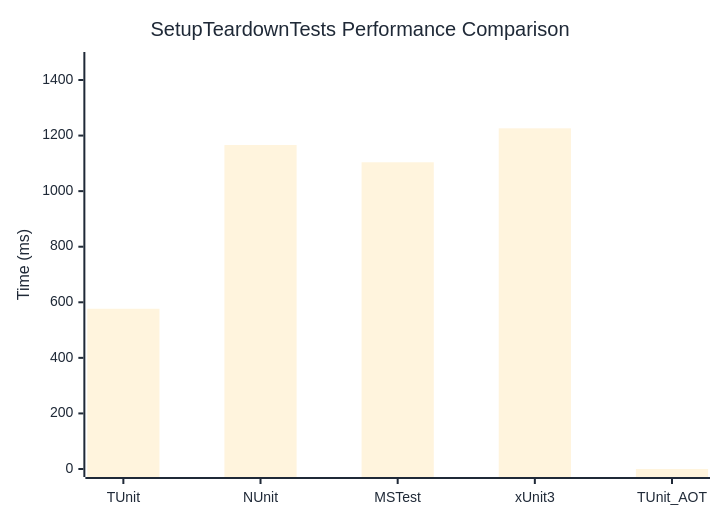
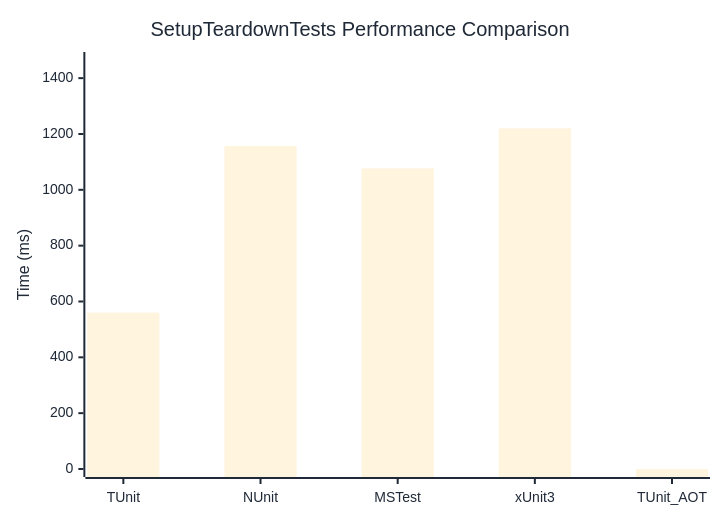
Before and after one commit to thomhurst/TUnit: the diagram in docs/docs/benchmarks/SetupTeardownTests.md, drawn with Mermaid. The commit also changed other lines of this file and 17 other files, not shown here.

````diff
--- a/docs/docs/benchmarks/SetupTeardownTests.md
+++ b/docs/docs/benchmarks/SetupTeardownTests.md
@@ -27,37 +27,37 @@
 ```mermaid
 %%{init: {
   'theme':'base',
   'themeVariables': {
     'primaryColor': '#2563eb',
     'primaryTextColor': '#1f2937',
     'primaryBorderColor': '#1e40af',
     'lineColor': '#6b7280',
     'secondaryColor': '#7c3aed',
     'tertiaryColor': '#dc2626',
     'background': '#ffffff',
     'mainBkg': '#2563eb',
     'secondBkg': '#7c3aed',
     'tertiaryBkg': '#dc2626',
     'clusterBkg': '#f3f4f6',
     'edgeLabelBackground': '#ffffff',
     'tertiaryTextColor': '#1f2937',
     'pie1': '#2563eb',
     'pie2': '#7c3aed',
     'pie3': '#dc2626',
     'pie4': '#f59e0b',
     'pie5': '#10b981',
     'pie6': '#06b6d4',
     'pie7': '#ec4899',
     'pie8': '#6366f1',
     'pie9': '#84cc16',
     'pie10': '#f97316',
     'pie11': '#14b8a6',
     'pie12': '#a855f7'
   }
 }}%%
 xychart-beta
   title "SetupTeardownTests Performance Comparison"
   x-axis ["TUnit", "NUnit", "MSTest", "xUnit3", "TUnit_AOT"]
-  y-axis "Time (ms)" 0 --> 1472
-  bar [576.7, 1166, 1103.9, 1226.1, 0]
+  y-axis "Time (ms)" 0 --> 1465
+  bar [560.3, 1156.9, 1076.7, 1220.3, 0]
 ```
````
